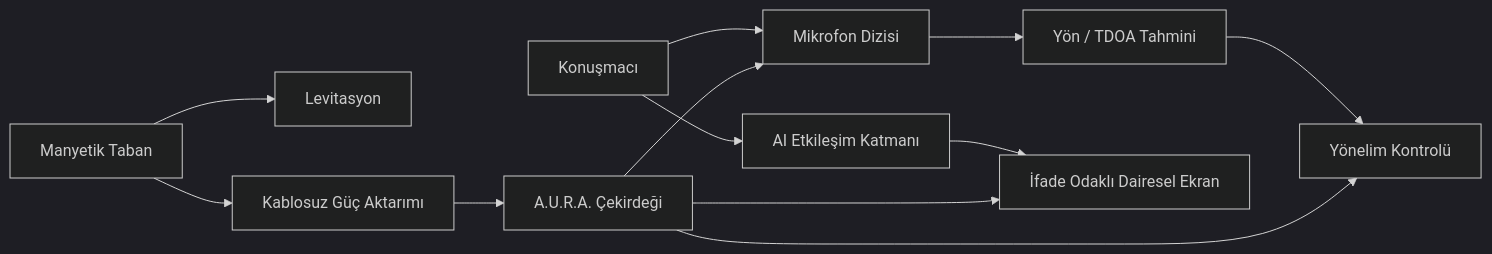
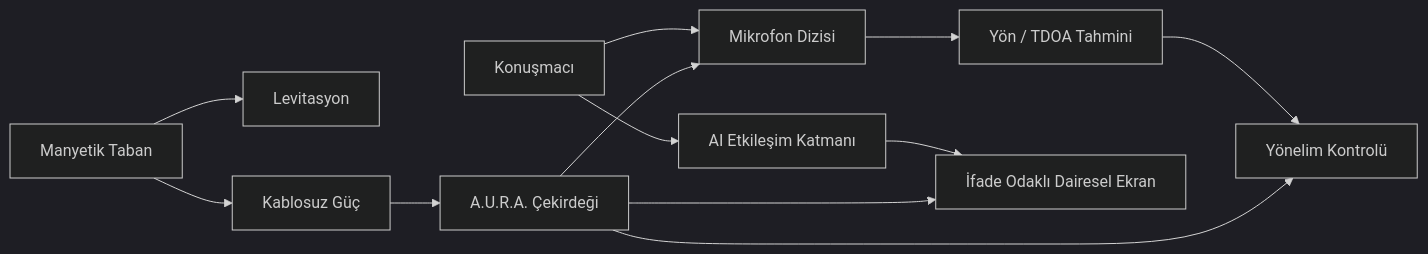
Before and after one commit to tahakubilay/Aura: the first of 2 diagrams in README.tr.md, drawn with Mermaid (dark theme). The commit also changed other lines of this file, not shown here.

````diff
--- a/README.tr.md
+++ b/README.tr.md
@@ -74,14 +39,14 @@
 ```mermaid
 flowchart LR
     USER[Konuşmacı] --> MIC[Mikrofon Dizisi]
     MIC --> DOA[Yön / TDOA Tahmini]
     DOA --> MOTION[Yönelim Kontrolü]
     USER --> AI[AI Etkileşim Katmanı]
     AI --> DISPLAY[İfade Odaklı Dairesel Ekran]
     BASE[Manyetik Taban] --> LEV[Levitasyon]
-    BASE --> WPT[Kablosuz Güç Aktarımı]
+    BASE --> WPT[Kablosuz Güç]
     WPT --> CORE[A.U.R.A. Çekirdeği]
     CORE --> MIC
     CORE --> DISPLAY
     CORE --> MOTION
 ```
````
